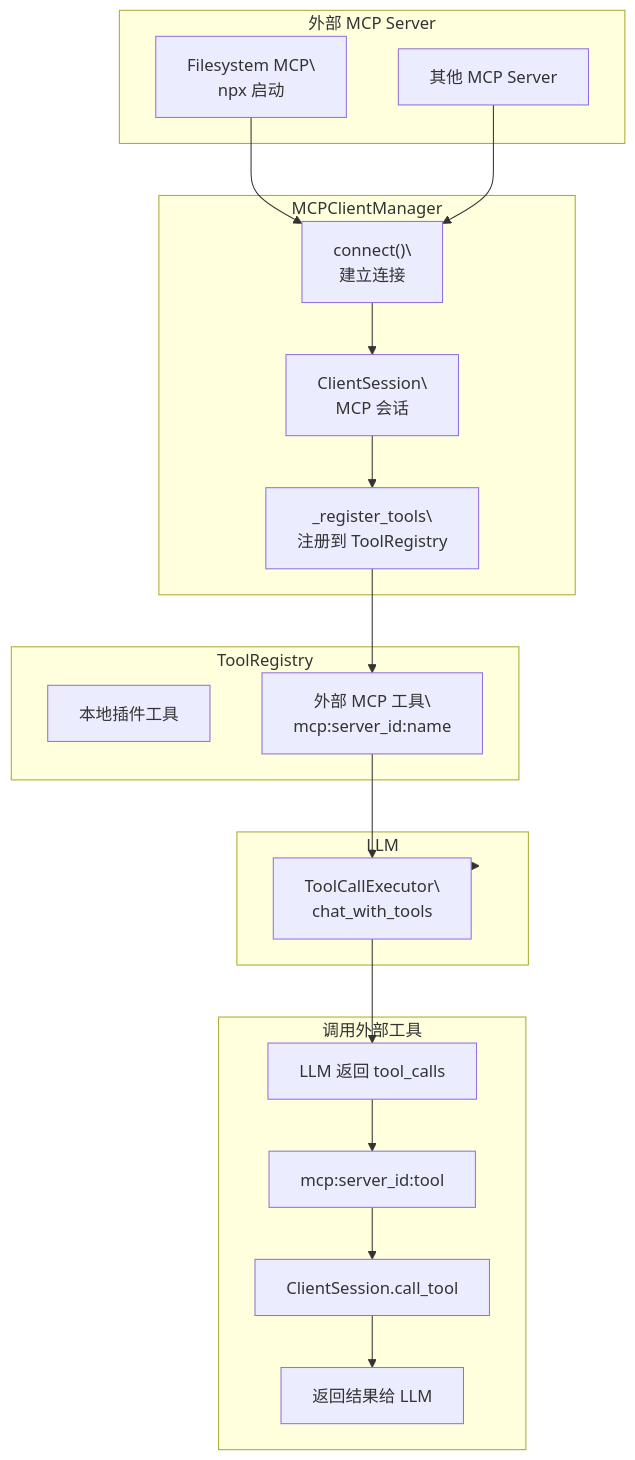
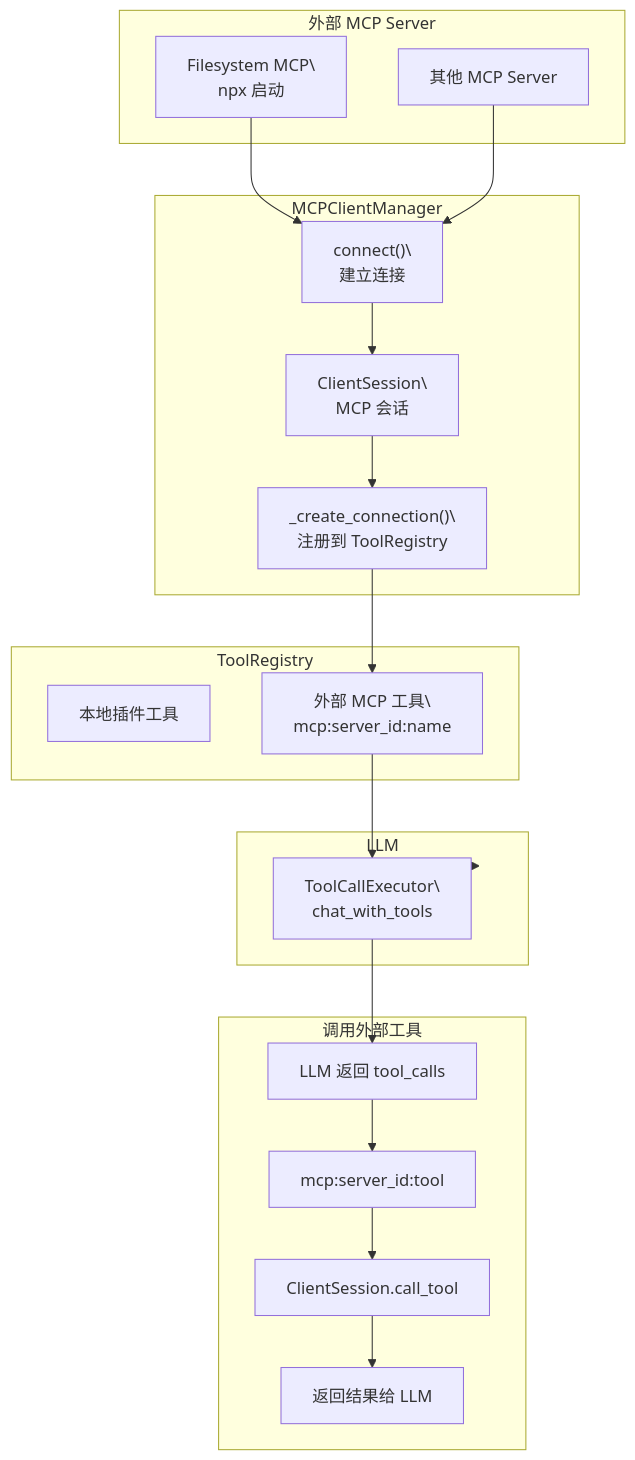
One commit to KKPIP-Tech/InstructionX changed the third of 5 diagrams in docs/core/mcp/overview.md. Above: the diagram before and after it, drawn with Mermaid. The commit also changed 13 other files, not shown here.

````diff
--- a/docs/core/mcp/overview.md
+++ b/docs/core/mcp/overview.md
@@ -130,42 +130,42 @@
 ```mermaid
 flowchart TD
     subgraph External [外部 MCP Server]
         FS["Filesystem MCP\\nnpx 启动"]
         OTHER[其他 MCP Server]
     end
 
     subgraph CM [MCPClientManager]
         CONNECT["connect()\\n建立连接"]
         SESSION["ClientSession\\nMCP 会话"]
-        REGTools["_register_tools\\n注册到 ToolRegistry"]
+        REGTools["_create_connection()\\n注册到 ToolRegistry"]
     end
 
     subgraph TR [ToolRegistry]
         LOCALTOOLS[本地插件工具]
         MCPTOOLS["外部 MCP 工具\\nmcp:server_id:name"]
     end
 
     subgraph LLM [LLM]
         TCE["ToolCallExecutor\\nchat_with_tools"]
     end
 
     FS --> CONNECT
     OTHER --> CONNECT
     CONNECT --> SESSION
     SESSION --> REGTools
     REGTools --> MCPTOOLS
     MCPTOOLS --> TCE
     TCE --> LLM
 
     subgraph 调用外部工具
         CALL[LLM 返回 tool_calls]
         INVOKE[mcp:server_id:tool]
         EXEC[ClientSession.call_tool]
         OUT[返回结果给 LLM]
     end
 
     TCE --> CALL
     CALL --> INVOKE
     INVOKE --> EXEC
     EXEC --> OUT
 ```
````
